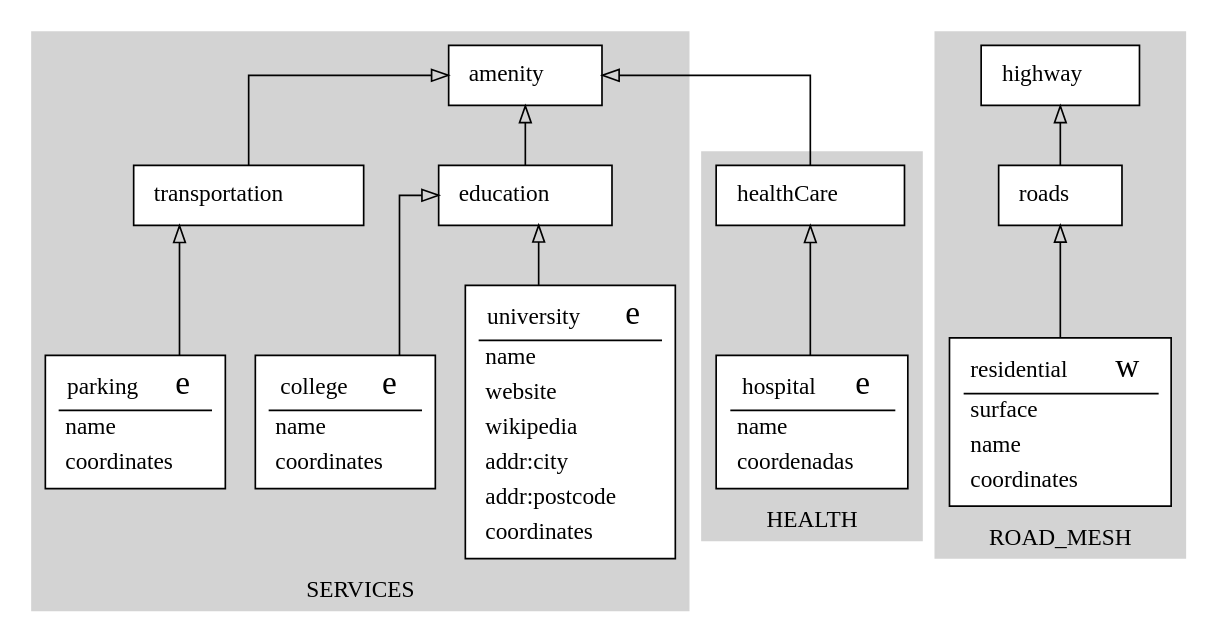
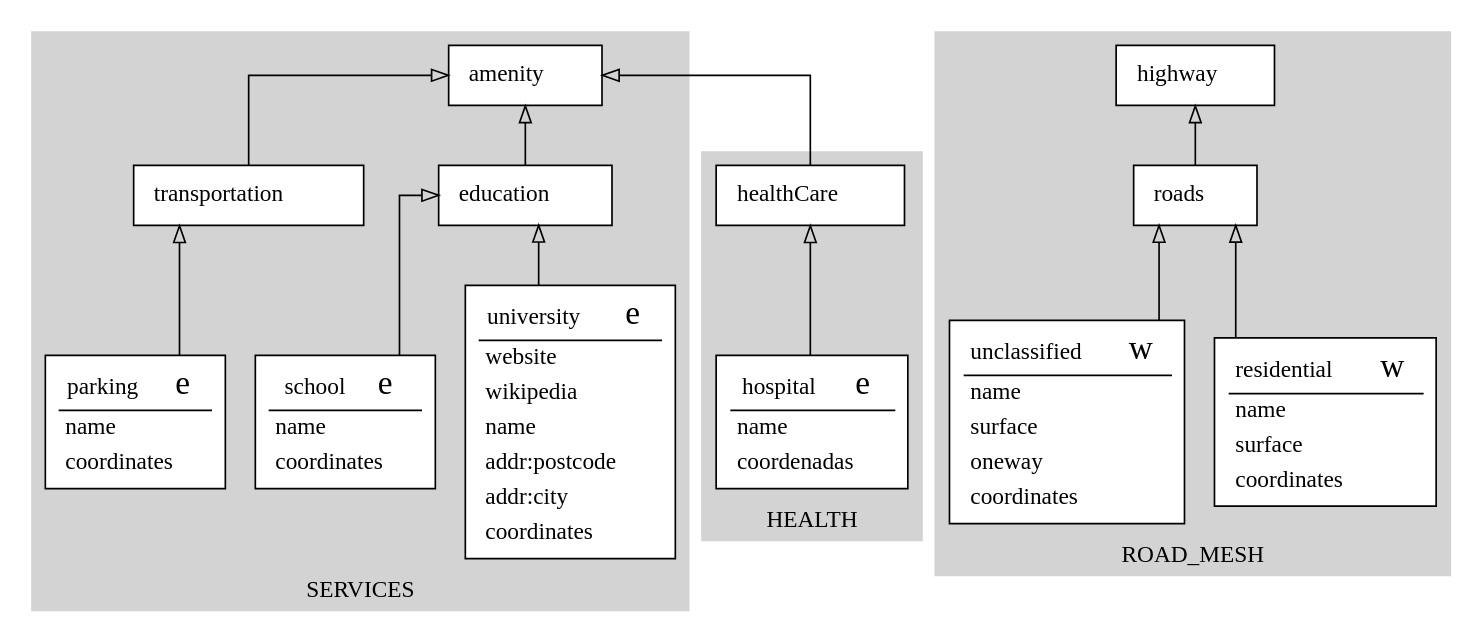
Before and after one commit to vinisperandio/OSM2Diagram_optmizated: the diagram in schema.gv, drawn with Graphviz. The commit also changed 4 other files, not shown here.

```diff
--- a/schema.gv
+++ b/schema.gv
@@ -1,150 +1,171 @@
 digraph structs { 
 	node [shape=box]
 	subgraph cluster_SERVICES {
 		node [color=black style=filled]
 		color=lightgrey style=filled
 		label=SERVICES
 		0[style = "filled, bold" penwidth = "1" fillcolor="white" label=<
 			<TABLE color="black" border="0">
 			 <TR>
 				<TD align="center"><font color="black">university</font>  
 				<font FACE="sigmoda" POINT-SIZE="20.0"> e</font></TD>
 			</TR>
 			<hr/>
 			<TR>
-				<TD align="left">name</TD>
-			 </TR>
-			<TR>
 				<TD align="left">website</TD>
 			 </TR>
 			<TR>
 				<TD align="left">wikipedia</TD>
 			 </TR>
 			<TR>
-				<TD align="left">addr:city</TD>
+				<TD align="left">name</TD>
 			 </TR>
 			<TR>
 				<TD align="left">addr:postcode</TD>
+			 </TR>
+			<TR>
+				<TD align="left">addr:city</TD>
 			 </TR>
 			<TR>
 				<TD align="left">coordinates</TD>
 			 </TR>
 			</TABLE>>]
 		1[style = "filled, bold" penwidth = "1" fillcolor="white" label=<
 			<TABLE color="black" border="0">
 			 <TR>
 				<TD align="center"><font color="black">amenity</font>  </TD>
 			</TR>
 			</TABLE>>]
 		2[style = "filled, bold" penwidth = "1" fillcolor="white" label=<
 			<TABLE color="black" border="0">
 			 <TR>
-				<TD align="center"><font color="black">college</font>  
+				<TD align="center"><font color="black">school</font>  
 				<font FACE="sigmoda" POINT-SIZE="20.0"> e</font></TD>
 			</TR>
 			<hr/>
 			<TR>
 				<TD align="left">name</TD>
 			 </TR>
 			<TR>
 				<TD align="left">coordinates</TD>
 			 </TR>
 			</TABLE>>]
 		3[style = "filled, bold" penwidth = "1" fillcolor="white" label=<
 			<TABLE color="black" border="0">
 			 <TR>
 				<TD align="center"><font color="black">parking</font>  
 				<font FACE="sigmoda" POINT-SIZE="20.0"> e</font></TD>
 			</TR>
 			<hr/>
 			<TR>
 				<TD align="left">name</TD>
 			 </TR>
 			<TR>
 				<TD align="left">coordinates</TD>
 			 </TR>
 			</TABLE>>]
 		4[style = "filled, bold" penwidth = "1" fillcolor="white" label=<
 			<TABLE color="black" border="0">
 			 <TR>
 				<TD align="center"><font color="black">education</font>  </TD>
 			</TR>
 			</TABLE>>]
 		5[style = "filled, bold" penwidth = "1" fillcolor="white" label=<
 			<TABLE color="black" border="0">
 			 <TR>
 				<TD align="center"><font color="black">transportation</font>  </TD>
 			</TR>
 			</TABLE>>]
 	}
 	subgraph cluster_HEALTH {
 		node [color=black style=filled]
 		color=lightgrey style=filled
 		label=HEALTH
 		6[style = "filled, bold" penwidth = "1" fillcolor="white" label=<
 			<TABLE color="black" border="0">
 			 <TR>
 				<TD align="center"><font color="black">hospital</font>  
 				<font FACE="sigmoda" POINT-SIZE="20.0"> e</font></TD>
 			</TR>
 			<hr/>
 			<TR>
 				<TD align="left">name</TD>
 			 </TR>
 			<TR>
 				<TD align="left">coordenadas</TD>
 			 </TR>
 			</TABLE>>]
 		7[style = "filled, bold" penwidth = "1" fillcolor="white" label=<
 			<TABLE color="black" border="0">
 			 <TR>
 				<TD align="center"><font color="black">healthCare</font>  </TD>
 			</TR>
 			</TABLE>>]
 	}
 	subgraph cluster_ROAD_MESH {
 		node [color=black style=filled]
 		color=lightgrey style=filled
 		label=ROAD_MESH
 		8[style = "filled, bold" penwidth = "1" fillcolor="white" label=<
 			<TABLE color="black" border="0">
 			 <TR>
 				<TD align="center"><font color="black">residential</font>  
 				<font FACE="sigmoda" POINT-SIZE="20.0"> w</font></TD>
 			</TR>
 			<hr/>
 			<TR>
-				<TD align="left">surface</TD>
+				<TD align="left">name</TD>
 			 </TR>
 			<TR>
-				<TD align="left">name</TD>
+				<TD align="left">surface</TD>
 			 </TR>
 			<TR>
 				<TD align="left">coordinates</TD>
 			 </TR>
 			</TABLE>>]
 		9[style = "filled, bold" penwidth = "1" fillcolor="white" label=<
 			<TABLE color="black" border="0">
 			 <TR>
 				<TD align="center"><font color="black">highway</font>  </TD>
 			</TR>
 			</TABLE>>]
 		10[style = "filled, bold" penwidth = "1" fillcolor="white" label=<
 			<TABLE color="black" border="0">
 			 <TR>
+				<TD align="center"><font color="black">unclassified</font>  
+				<font FACE="sigmoda" POINT-SIZE="20.0"> w</font></TD>
+			</TR>
+			<hr/>
+			<TR>
+				<TD align="left">name</TD>
+			 </TR>
+			<TR>
+				<TD align="left">surface</TD>
+			 </TR>
+			<TR>
+				<TD align="left">oneway</TD>
+			 </TR>
+			<TR>
+				<TD align="left">coordinates</TD>
+			 </TR>
+			</TABLE>>]
+		11[style = "filled, bold" penwidth = "1" fillcolor="white" label=<
+			<TABLE color="black" border="0">
+			 <TR>
 				<TD align="center"><font color="black">roads</font>  </TD>
 			</TR>
 			</TABLE>>]
 	}
+		11 -> 9[arrowhead=onormal]
+		8 -> 11[arrowhead=onormal]
+		7 -> 1[arrowhead=onormal]
+		3 -> 5[arrowhead=onormal]
 		2 -> 4[arrowhead=onormal]
 		0 -> 4[arrowhead=onormal]
+		4 -> 1[arrowhead=onormal]
+		6 -> 7[arrowhead=onormal]
+		10 -> 11[arrowhead=onormal]
 		5 -> 1[arrowhead=onormal]
-		8 -> 10[arrowhead=onormal]
-		7 -> 1[arrowhead=onormal]
-		3 -> 5[arrowhead=onormal]
-		6 -> 7[arrowhead=onormal]
-		10 -> 9[arrowhead=onormal]
-		4 -> 1[arrowhead=onormal]
 	rankdir=BT
 	splines=ortho
 }
```
